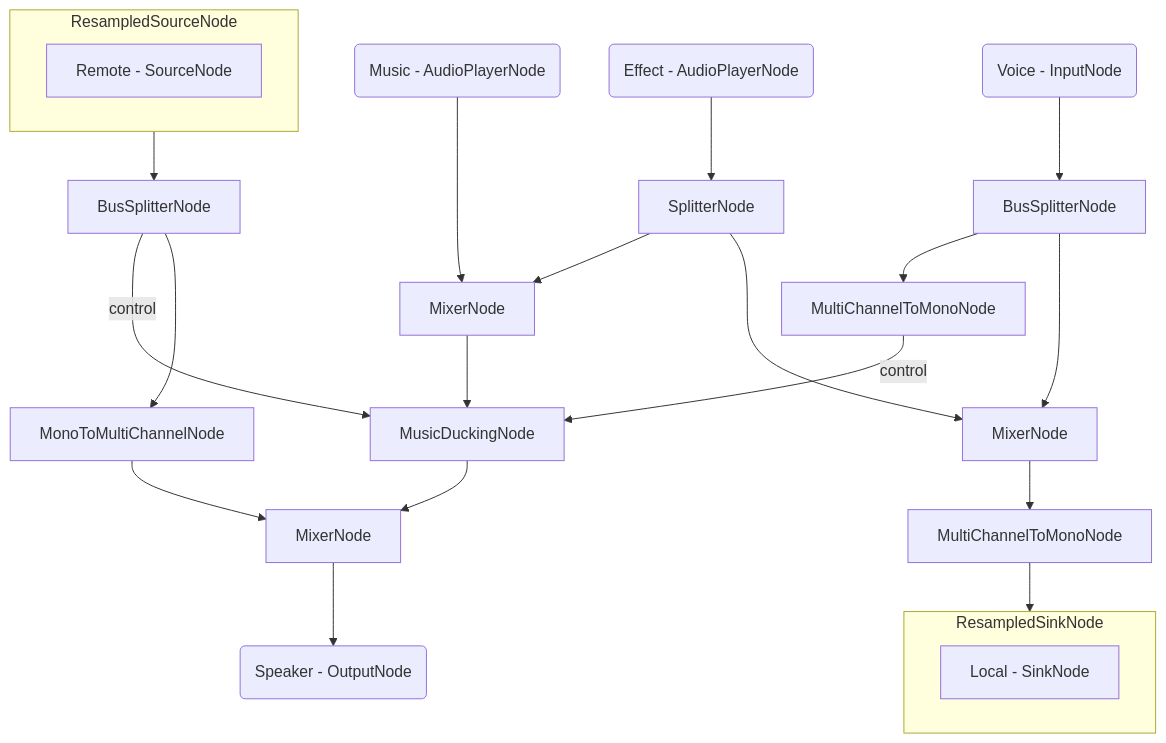
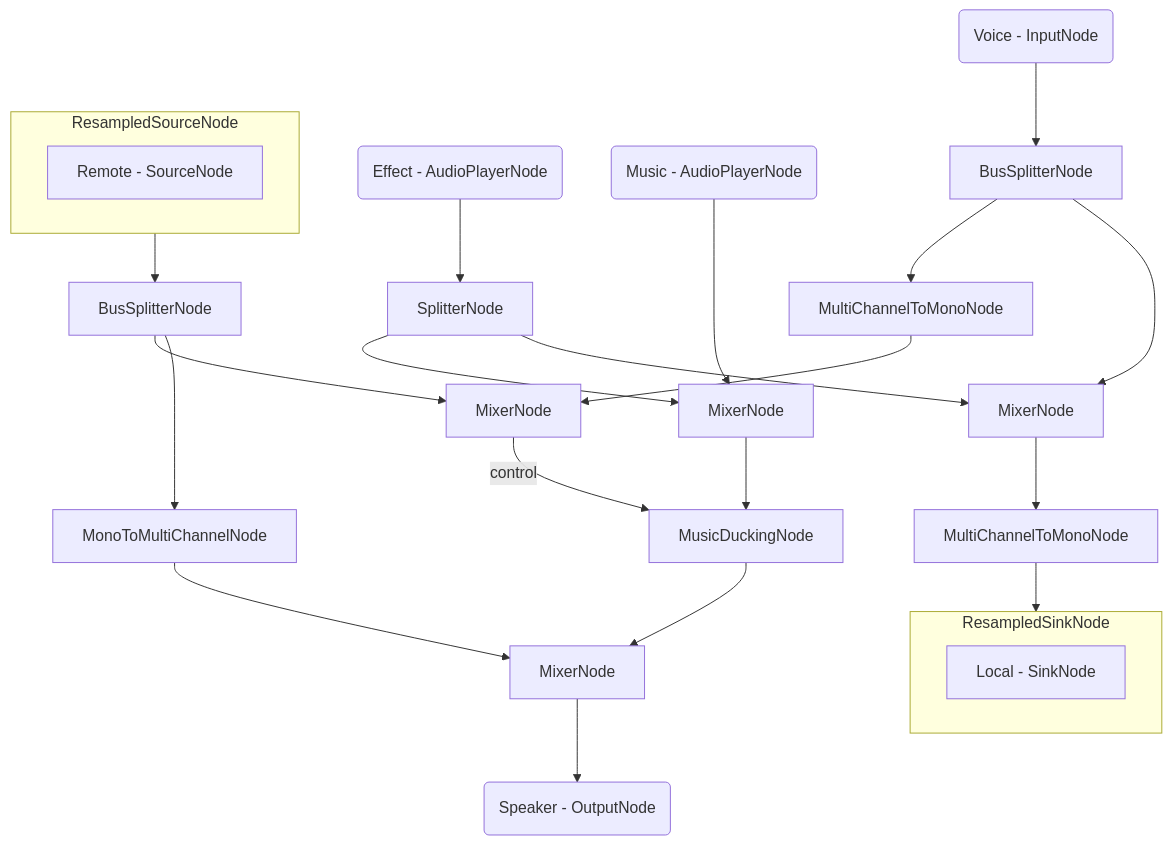
One commit to switchboard-sdk/voice-communication-ios changed the diagram in DuckingAndSoundEffectsApp/README.md. Above: the diagram before and after it, drawn with Mermaid. The commit also changed 20 other files, not shown here.

````diff
--- a/DuckingAndSoundEffectsApp/README.md
+++ b/DuckingAndSoundEffectsApp/README.md
@@ -42,26 +42,27 @@
 ```mermaid
 flowchart TD
 idEffectPlayer(Effect - AudioPlayerNode)-->idEffectSplitter[SplitterNode]
 idEffectSplitter-->idPlayerMixer[MixerNode]
 idMusicPlayer(Music - AudioPlayerNode)--->idPlayerMixer
 idPlayerMixer-->idDucking[MusicDuckingNode]
 dInput(Voice - InputNode)-->idInputSplitter[BusSplitterNode]
 idInputSplitter-->idInputMultiToMono[MultiChannelToMonoNode]
-idInputMultiToMono--control-->idDucking
+idInputMultiToMono-->idDuckingSignalMixer[MixerNode]
 idInputSplitter--->idAgoraOutputMixer[MixerNode]
 idEffectSplitter-->idAgoraOutputMixer
 idAgoraOutputMixer-->idMultiToMono[MultiChannelToMonoNode]
 idMultiToMono-->idSinkRes
 subgraph idSinkRes[ResampledSinkNode]
     idSink[Local - SinkNode]
 end
 subgraph idSourceRes[ResampledSourceNode]
     idSource[Remote - SourceNode]
 end
 idSourceRes-->idSourceSplitter[BusSplitterNode]
-idSourceSplitter--control-->idDucking
+idSourceSplitter-->idDuckingSignalMixer
 idSourceSplitter--->idMonoToMulti[MonoToMultiChannelNode]
+idDuckingSignalMixer--control-->idDucking
 idMonoToMulti-->idSpeakerMixer[MixerNode]
 idDucking-->idSpeakerMixer
 idSpeakerMixer-->idOutput(Speaker - OutputNode)
 ```
````
